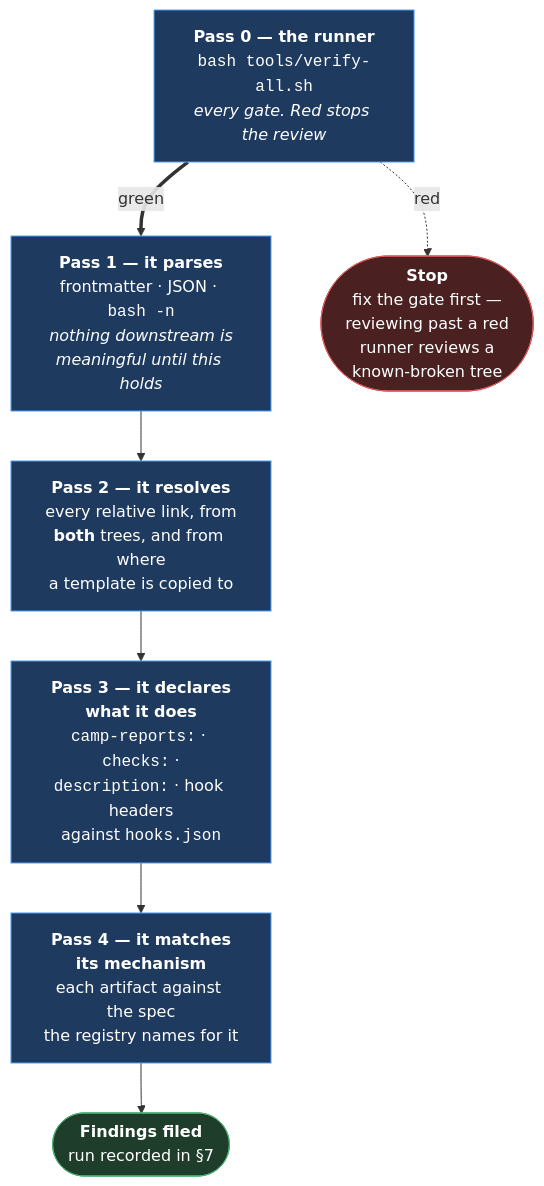
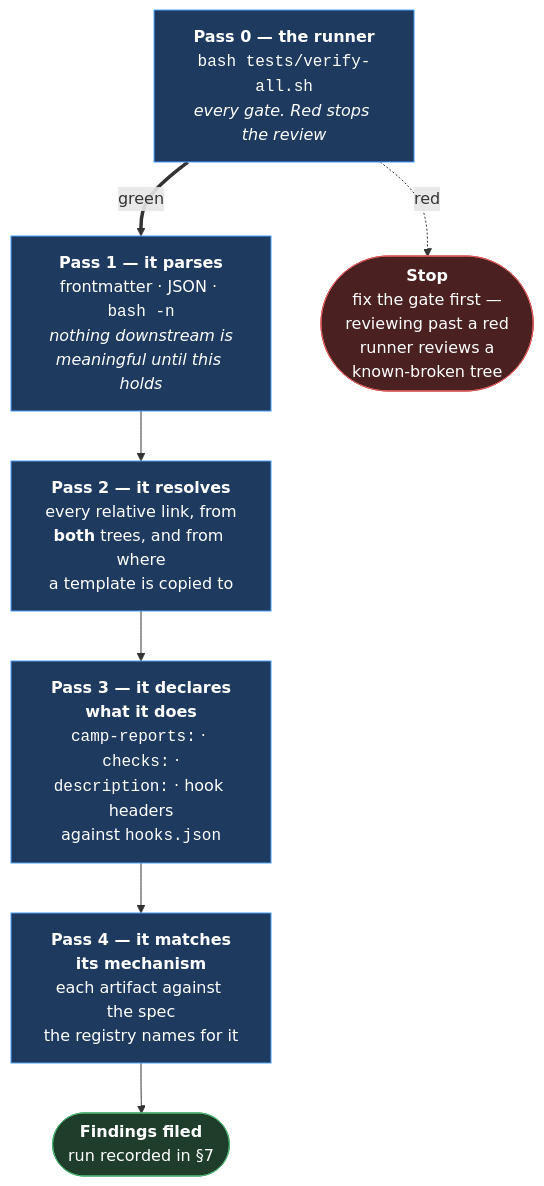
One commit to Calyx-Engineering/arc changed the first of 2 diagrams in docs/release/pre-release-review.md. Above: the diagram before and after it, drawn with Mermaid. The commit also changed other lines of this file and 127 other files, not shown here.

````diff
--- a/docs/release/pre-release-review.md
+++ b/docs/release/pre-release-review.md
@@ -70,16 +70,16 @@
 ```mermaid
 flowchart TB
-    P0["<b>Pass 0 — the runner</b><br/><code>bash tools/verify-all.sh</code><br/><i>every gate. Red stops the review</i>"]
+    P0["<b>Pass 0 — the runner</b><br/><code>bash tests/verify-all.sh</code><br/><i>every gate. Red stops the review</i>"]
     P0 ==>|green| P1["<b>Pass 1 — it parses</b><br/>frontmatter · JSON · <code>bash -n</code><br/><i>nothing downstream is<br/>meaningful until this holds</i>"]
     P0 -.->|red| STOP(["<b>Stop</b><br/>fix the gate first —<br/>reviewing past a red<br/>runner reviews a<br/>known-broken tree"])
     P1 --> P2["<b>Pass 2 — it resolves</b><br/>every relative link, from<br/><b>both</b> trees, and from where<br/>a template is copied to"]
     P2 --> P3["<b>Pass 3 — it declares<br/>what it does</b><br/><code>camp-reports:</code> · <code>checks:</code> ·<br/><code>description:</code> · hook headers<br/>against <code>hooks.json</code>"]
     P3 --> P4["<b>Pass 4 — it matches<br/>its mechanism</b><br/>each artifact against the spec<br/>the registry names for it"]
     P4 --> DONE(["<b>Findings filed</b><br/>run recorded in §7"])
     classDef n fill:#1e3a5f,stroke:#4a9eff,color:#fff
     classDef g fill:#1f3d2b,stroke:#4caf70,color:#fff
     classDef x fill:#4a2020,stroke:#d95b5b,color:#fff
     class P0,P1,P2,P3,P4 n
     class DONE g
     class STOP x
 ```
````
